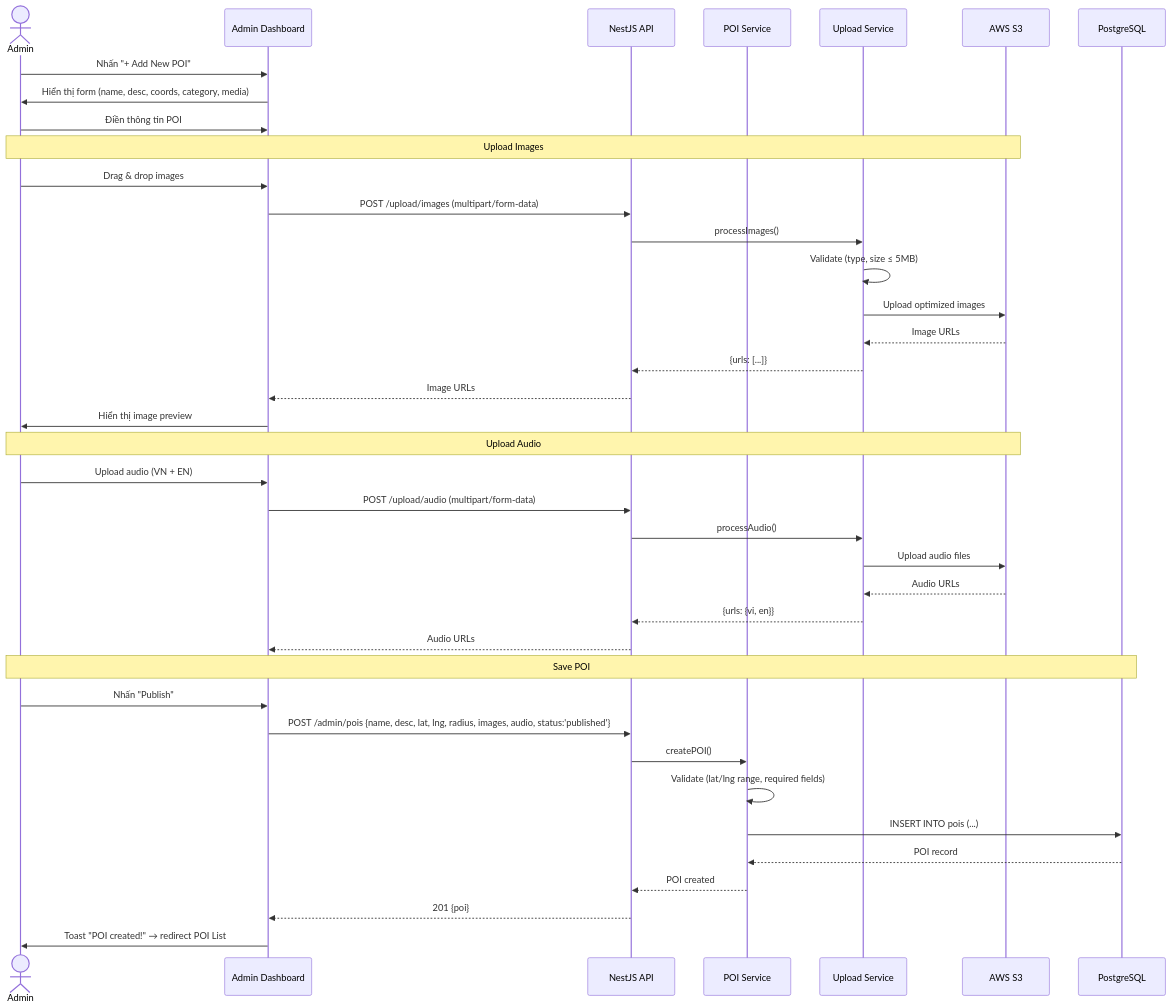
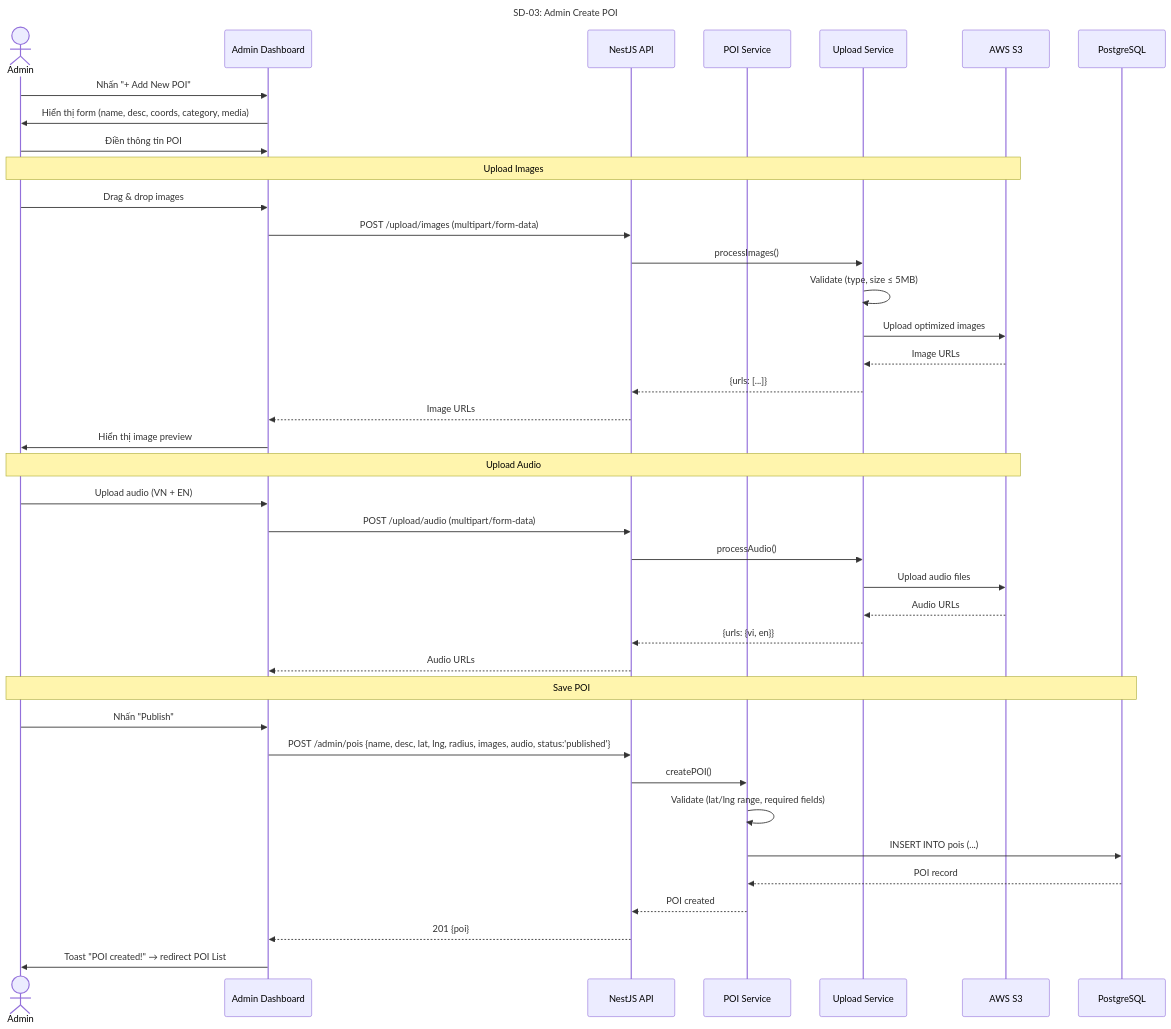
The third of 17 diagrams in docs/step3_prd/15_sequence_diagrams.md (Ttuandatt/Seminar), drawn with Mermaid before and after one commit. The commit also changed other lines of this file, not shown here.

Commit message:
docs(sequence): add title labels to all 17 mermaid sequence diagrams for draw.io identification

````diff
--- a/docs/step3_prd/15_sequence_diagrams.md
+++ b/docs/step3_prd/15_sequence_diagrams.md
@@ -133,46 +135,47 @@
 ```mermaid
 sequenceDiagram
+    title SD-03: Admin Create POI
     actor Admin
     participant UI as Admin Dashboard
     participant API as NestJS API
     participant POI as POI Service
     participant Upload as Upload Service
     participant S3 as AWS S3
     participant DB as PostgreSQL
 
     Admin->>UI: Nhấn "+ Add New POI"
     UI->>Admin: Hiển thị form (name, desc, coords, category, media)
     
     Admin->>UI: Điền thông tin POI
 
     Note over Admin, S3: Upload Images
     Admin->>UI: Drag & drop images
     UI->>API: POST /upload/images (multipart/form-data)
     API->>Upload: processImages()
     Upload->>Upload: Validate (type, size ≤ 5MB)
     Upload->>S3: Upload optimized images
     S3-->>Upload: Image URLs
     Upload-->>API: {urls: [...]}
     API-->>UI: Image URLs
     UI->>Admin: Hiển thị image preview
 
     Note over Admin, S3: Upload Audio
     Admin->>UI: Upload audio (VN + EN)
     UI->>API: POST /upload/audio (multipart/form-data)
     API->>Upload: processAudio()
     Upload->>S3: Upload audio files
     S3-->>Upload: Audio URLs
     Upload-->>API: {urls: {vi, en}}
     API-->>UI: Audio URLs
 
     Note over Admin, DB: Save POI
     Admin->>UI: Nhấn "Publish"
     UI->>API: POST /admin/pois {name, desc, lat, lng, radius, images, audio, status:'published'}
     API->>POI: createPOI()
     POI->>POI: Validate (lat/lng range, required fields)
     POI->>DB: INSERT INTO pois (...)
     DB-->>POI: POI record
     POI-->>API: POI created
     API-->>UI: 201 {poi}
     UI->>Admin: Toast "POI created!" → redirect POI List
 ```
````
